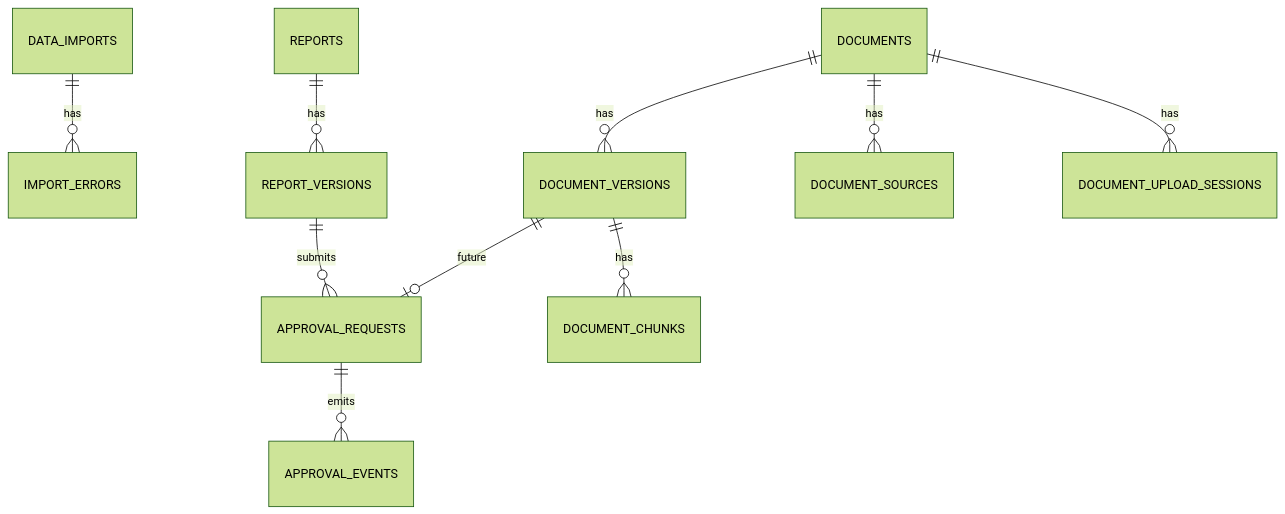
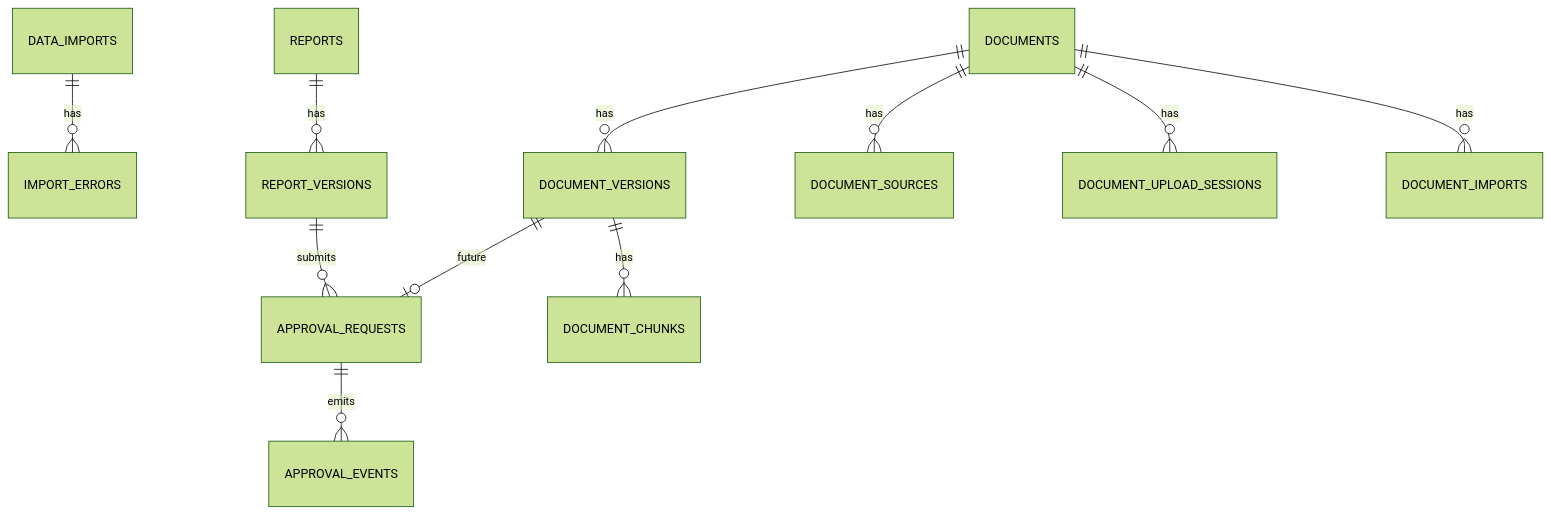
Before and after one commit to kurekako2017/vscode_study: the diagram in ai-lab/ai-learn/retail-insight-ai/docs/DATABASE.md, drawn with Mermaid (forest theme). The commit also changed other lines of this file and 45 other files, not shown here.

````diff
--- a/ai-lab/ai-learn/retail-insight-ai/docs/DATABASE.md
+++ b/ai-lab/ai-learn/retail-insight-ai/docs/DATABASE.md
@@ -308,12 +328,13 @@
 ```mermaid
 erDiagram
     DATA_IMPORTS ||--o{ IMPORT_ERRORS : has
     REPORTS ||--o{ REPORT_VERSIONS : has
     REPORT_VERSIONS ||--o{ APPROVAL_REQUESTS : submits
     APPROVAL_REQUESTS ||--o{ APPROVAL_EVENTS : emits
     DOCUMENTS ||--o{ DOCUMENT_VERSIONS : has
     DOCUMENTS ||--o{ DOCUMENT_SOURCES : has
     DOCUMENT_VERSIONS ||--o{ DOCUMENT_CHUNKS : has
     DOCUMENTS ||--o{ DOCUMENT_UPLOAD_SESSIONS : has
+    DOCUMENTS ||--o{ DOCUMENT_IMPORTS : has
     DOCUMENT_VERSIONS ||--o| APPROVAL_REQUESTS : future
 ```
````
